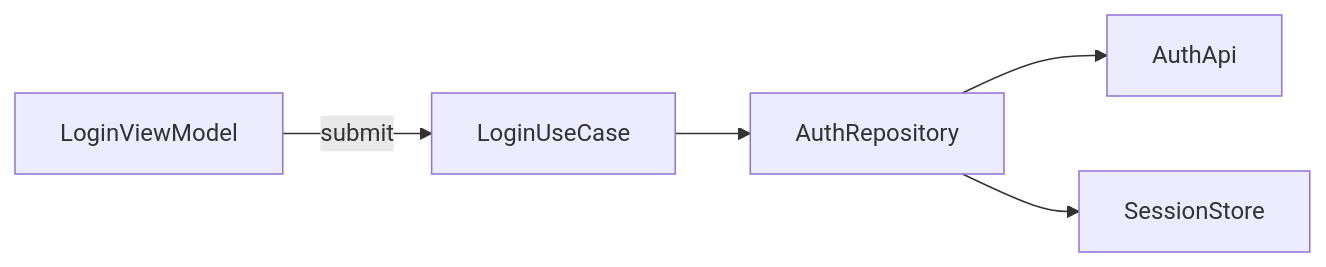
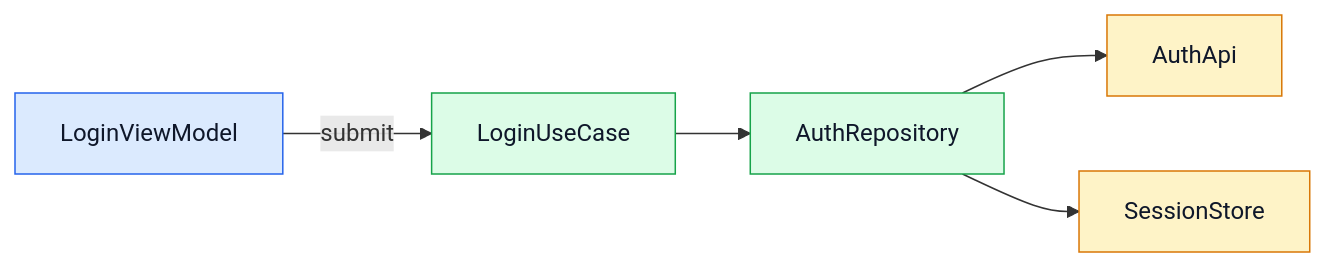
One commit to pfranccino/android-module-map changed the second of 5 diagrams in examples/feature-login.md. Above: the diagram before and after it, drawn with Mermaid. The commit also changed other lines of this file and 5 other files, not shown here.

````diff
--- a/examples/feature-login.md
+++ b/examples/feature-login.md
@@ -48,12 +58,18 @@
 ```mermaid
 graph LR
     n0["LoginViewModel"]
     n1["LoginUseCase"]
     n2["AuthRepository"]
     n3["AuthApi"]
     n4["SessionStore"]
     n0 -->|"submit"| n1
     n1 --> n2
     n2 --> n3
     n2 --> n4
+    classDef layerPresentation fill:#dbeafe,stroke:#2563eb,color:#0f172a
+    class n0 layerPresentation
+    classDef layerDomain fill:#dcfce7,stroke:#16a34a,color:#0f172a
+    class n1,n2 layerDomain
+    classDef layerData fill:#fef3c7,stroke:#d97706,color:#0f172a
+    class n3,n4 layerData
 ```
````
